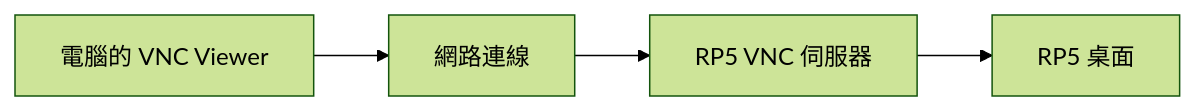
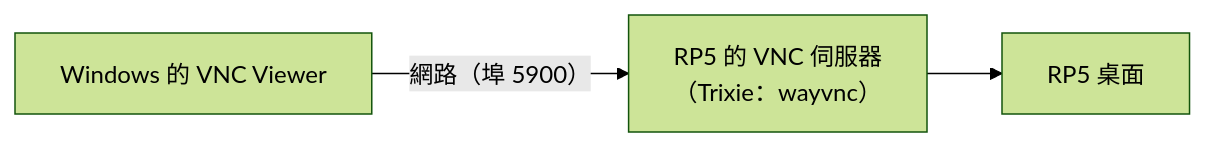
Before and after one commit to Samuel-ncu/BA5077-RP5-compatibility: the diagram in 教材/第 10 課｜Raspberry Pi 5 安裝與設定 VNC Viewer.md, drawn with Mermaid (forest theme). The commit also changed other lines of this file and 48 other files, not shown here.

First line of the commit message:
Full 56-lesson audit: rewrite VNC, camera YOLO and MediaPipe lessons for current Trixie

````diff
--- a/教材/第 10 課｜Raspberry Pi 5 安裝與設定 VNC Viewer.md
+++ b/教材/第 10 課｜Raspberry Pi 5 安裝與設定 VNC Viewer.md
@@ -78,8 +25,5 @@
 ```mermaid
 flowchart LR
-    A["電腦的 VNC Viewer"]
-    B["網路連線"]
-    C["RP5 VNC 伺服器"]
-    D["RP5 桌面"]
-    A --> B --> C --> D
+    A["Windows 的 VNC Viewer"] -- "網路（埠 5900）" --> B["RP5 的 VNC 伺服器<br/>（Trixie：wayvnc）"]
+    B --> C["RP5 桌面"]
 ```
````
